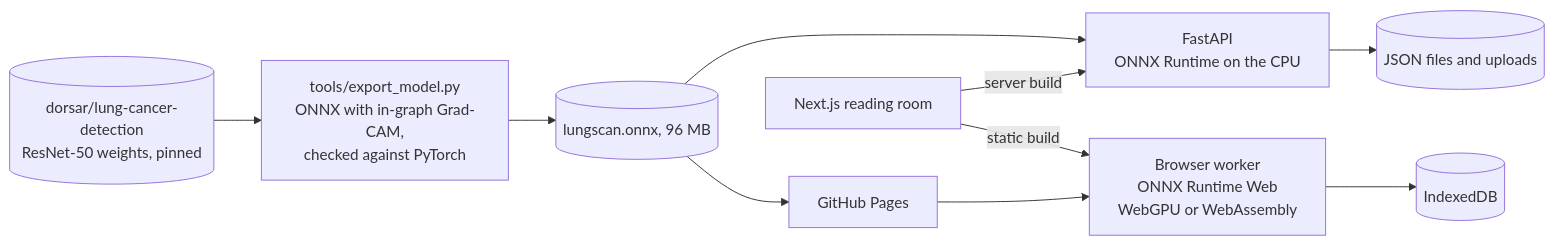
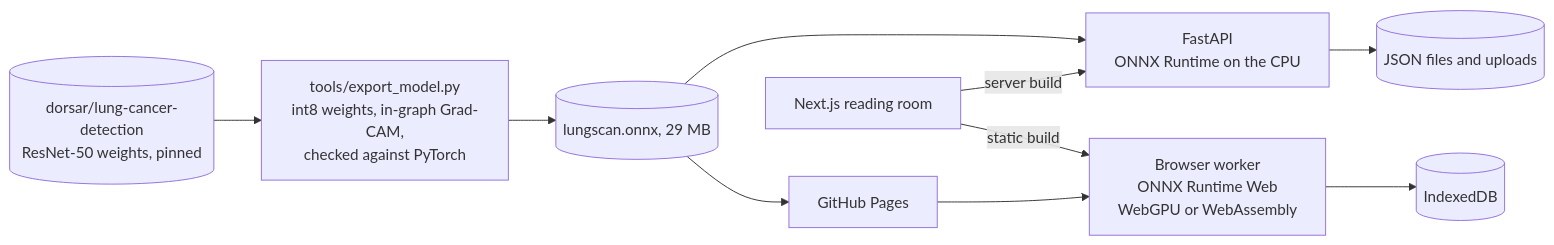
One commit to AdrianTrill/LungScan changed the first of 2 diagrams in README.md. Above: the diagram before and after it, drawn with Mermaid. The commit also changed other lines of this file and 13 other files, not shown here.

````diff
--- a/README.md
+++ b/README.md
@@ -78,12 +79,12 @@
 ```mermaid
 flowchart LR
-    weights[("dorsar/lung-cancer-detection<br/>ResNet-50 weights, pinned")] --> export["tools/export_model.py<br/>ONNX with in-graph Grad-CAM,<br/>checked against PyTorch"]
-    export --> onnx[("lungscan.onnx, 96 MB")]
+    weights[("dorsar/lung-cancer-detection<br/>ResNet-50 weights, pinned")] --> export["tools/export_model.py<br/>int8 weights, in-graph Grad-CAM,<br/>checked against PyTorch"]
+    export --> onnx[("lungscan.onnx, 29 MB")]
     onnx --> server["FastAPI<br/>ONNX Runtime on the CPU"]
     onnx --> pages["GitHub Pages"]
     pages --> worker["Browser worker<br/>ONNX Runtime Web<br/>WebGPU or WebAssembly"]
     app["Next.js reading room"] -- "server build" --> server
     app -- "static build" --> worker
     server --> files[("JSON files and uploads")]
     worker --> idb[("IndexedDB")]
 ```
````
